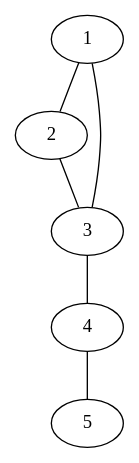
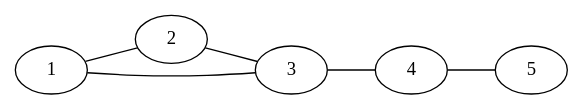
The diagram in problems/luogu/P3469/index.md (rainboyOJ/new_problem_solutions), drawn with Graphviz before and after one commit. The commit also changed 2 other files, not shown here.

Commit message:
fix(graphviz): dot 图按自然尺寸显示，不再拉伸填满正文
渲染脚本删掉 SVG 的 width/height 后，SVG 默认宽度变成容器 100%，
窄而高的图会被等比放大到几千像素高（P3469 的样例图 89pt x 332pt
被拉到 1230x4588 px）。改为保留固有尺寸，只约束不超过容器宽度，
宽图仍等比缩小。

同时给 P3469 样例图加 rankdir=LR，横过来更适合正文排版，并在
docs/problem-visualization.md 记录该尺寸规则。

````diff
--- a/problems/luogu/P3469/index.md
+++ b/problems/luogu/P3469/index.md
@@ -52,9 +52,10 @@
 ```dot
 graph G {
+  graph [rankdir=LR];
   1 -- 2;
   1 -- 3;
   2 -- 3;
   3 -- 4;
   4 -- 5;
 }
 ```
````
